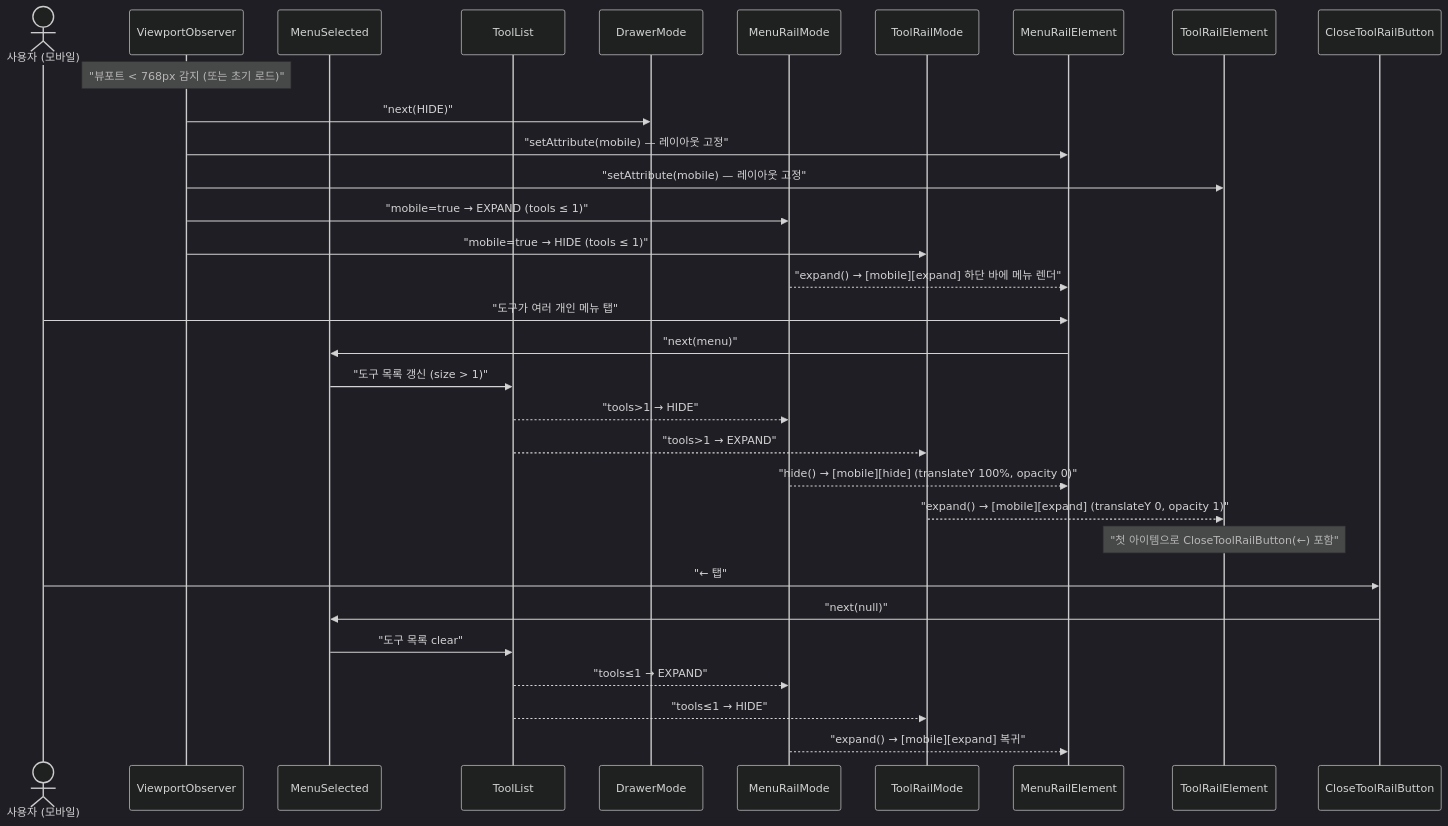
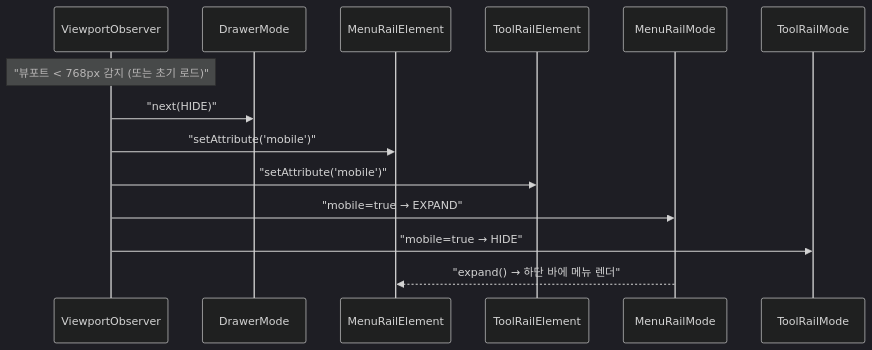
Before and after one commit to sayaya1090/handbook: the sixth of 6 diagrams in shell-ui/USECASE.md, drawn with Mermaid (dark theme). The commit also changed other lines of this file and 10 other files, not shown here.

````diff
--- a/shell-ui/USECASE.md
+++ b/shell-ui/USECASE.md
@@ -262,37 +119,17 @@
 ```mermaid
 sequenceDiagram
-    actor User as 사용자 (모바일)
     participant VP as ViewportObserver
-    participant MS as MenuSelected
-    participant TL as ToolList
     participant DM as DrawerMode
+    participant MR as MenuRailElement
+    participant TR as ToolRailElement
     participant MRM as MenuRailMode
     participant TRM as ToolRailMode
-    participant MR as MenuRailElement
-    participant TR as ToolRailElement
-    participant Close as CloseToolRailButton
 
     Note over VP: "뷰포트 < 768px 감지 (또는 초기 로드)"
     VP->>DM: "next(HIDE)"
-    VP->>MR: "setAttribute(mobile) — 레이아웃 고정"
-    VP->>TR: "setAttribute(mobile) — 레이아웃 고정"
-    VP->>MRM: "mobile=true → EXPAND (tools ≤ 1)"
-    VP->>TRM: "mobile=true → HIDE (tools ≤ 1)"
-    MRM-->>MR: "expand() → [mobile][expand] 하단 바에 메뉴 렌더"
-
-    User->>MR: "도구가 여러 개인 메뉴 탭"
-    MR->>MS: "next(menu)"
-    MS->>TL: "도구 목록 갱신 (size > 1)"
-    TL-->>MRM: "tools>1 → HIDE"
-    TL-->>TRM: "tools>1 → EXPAND"
-    MRM-->>MR: "hide() → [mobile][hide] (translateY 100%, opacity 0)"
-    TRM-->>TR: "expand() → [mobile][expand] (translateY 0, opacity 1)"
-    Note over TR: "첫 아이템으로 CloseToolRailButton(←) 포함"
-
-    User->>Close: "← 탭"
-    Close->>MS: "next(null)"
-    MS->>TL: "도구 목록 clear"
-    TL-->>MRM: "tools≤1 → EXPAND"
-    TL-->>TRM: "tools≤1 → HIDE"
-    MRM-->>MR: "expand() → [mobile][expand] 복귀"
+    VP->>MR: "setAttribute('mobile')"
+    VP->>TR: "setAttribute('mobile')"
+    VP->>MRM: "mobile=true → EXPAND"
+    VP->>TRM: "mobile=true → HIDE"
+    MRM-->>MR: "expand() → 하단 바에 메뉴 렌더"
 ```
````
